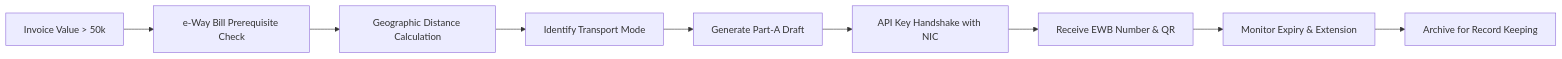
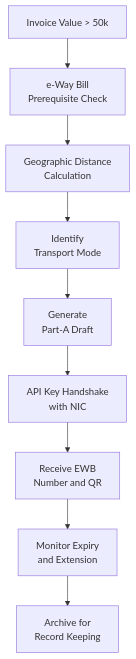
Diagram 11 of 12 in documentation.md (DHEENA0007/GST-Billing-clg), drawn with Mermaid before and after one commit. The commit also changed other lines of this file and 5 other files, not shown here.

````diff
--- a/documentation.md
+++ b/documentation.md
@@ -372,11 +422,11 @@
 ```mermaid
-flowchart LR
-    A[Invoice Value > 50k] --> B[e-Way Bill Prerequisite Check]
-    B --> C[Geographic Distance Calculation]
-    C --> D[Identify Transport Mode]
-    D --> E[Generate Part-A Draft]
-    E --> F[API Key Handshake with NIC]
-    F --> G[Receive EWB Number & QR]
-    G --> H[Monitor Expiry & Extension]
-    H --> I[Archive for Record Keeping]
+flowchart TD
+    A[Invoice Value > 50k] --> B[e-Way Bill<br/>Prerequisite Check]
+    B --> C[Geographic Distance<br/>Calculation]
+    C --> D[Identify<br/>Transport Mode]
+    D --> E[Generate<br/>Part-A Draft]
+    E --> F[API Key Handshake<br/>with NIC]
+    F --> G[Receive EWB<br/>Number and QR]
+    G --> H[Monitor Expiry<br/>and Extension]
+    H --> I[Archive for<br/>Record Keeping]
 ```
````
